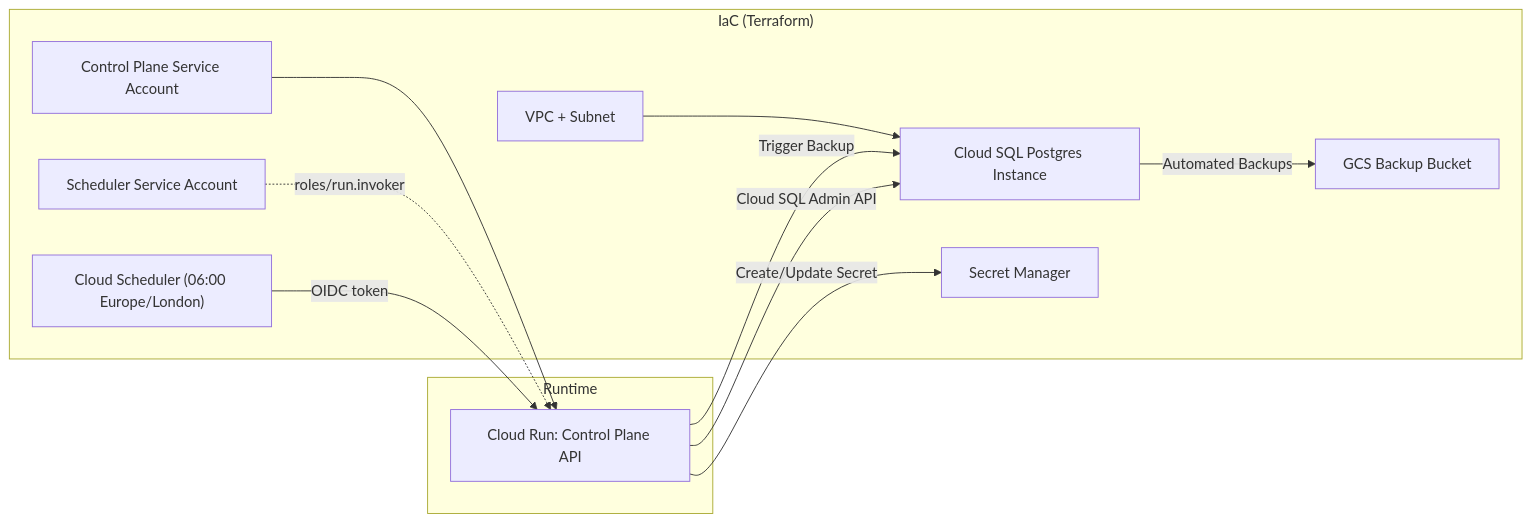
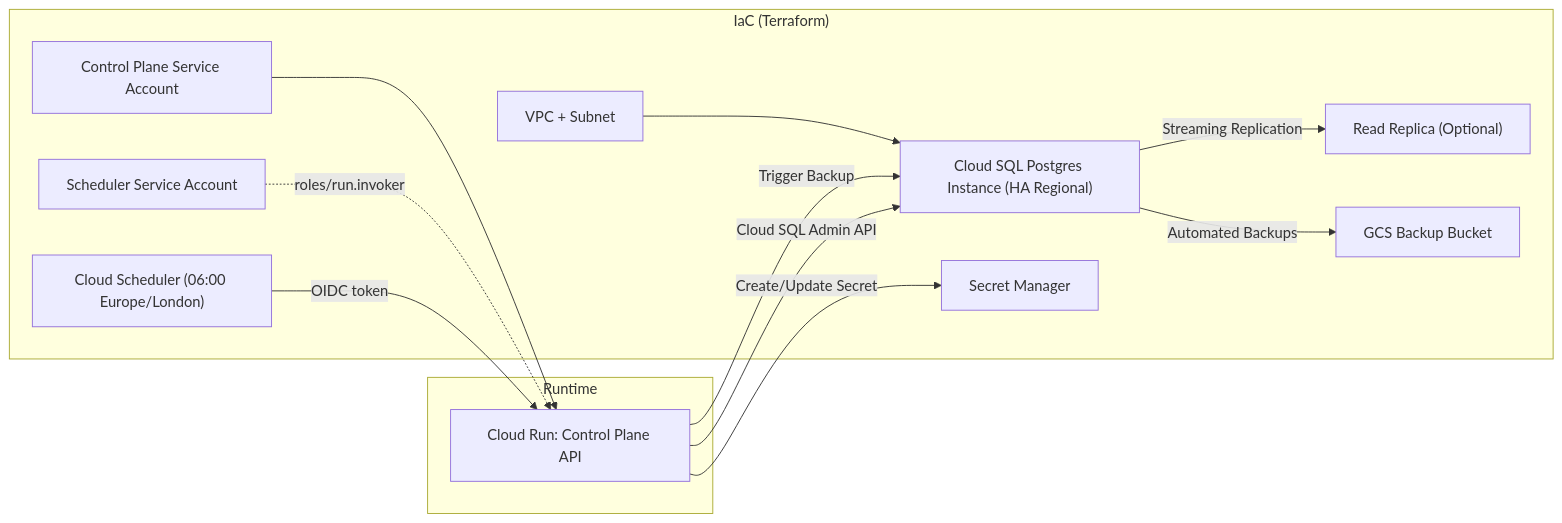
One commit to ylanning/db-platform changed the first of 8 diagrams in docs/diagrams.md. Above: the diagram before and after it, drawn with Mermaid. The commit also changed 2 other files, not shown here.

Commit message:
add logging and update diagrams with replica

````diff
--- a/docs/diagrams.md
+++ b/docs/diagrams.md
@@ -4,27 +4,29 @@
 ```mermaid
 flowchart LR
   subgraph "IaC (Terraform)"
     VPC["VPC + Subnet"]
-    SQL["Cloud SQL Postgres Instance"]
+    SQL["Cloud SQL Postgres Instance (HA Regional)"]
+    REPLICA["Read Replica (Optional)"]
     SA["Control Plane Service Account"]
     SM["Secret Manager"]
     GCS["GCS Backup Bucket"]
     SCH["Cloud Scheduler (06:00 Europe/London)"]
     SCHED_SA["Scheduler Service Account"]
   end
 
   subgraph "Runtime"
     CR["Cloud Run: Control Plane API"]
   end
 
   SCH -->|OIDC token| CR
   SCHED_SA -.->|roles/run.invoker| CR
 
   CR -->|Cloud SQL Admin API| SQL
   CR -->|Create/Update Secret| SM
   CR -->|Trigger Backup| SQL
   SQL -->|Automated Backups| GCS
+  SQL -->|Streaming Replication| REPLICA
 
   VPC --> SQL
   SA --> CR
 ```
````
